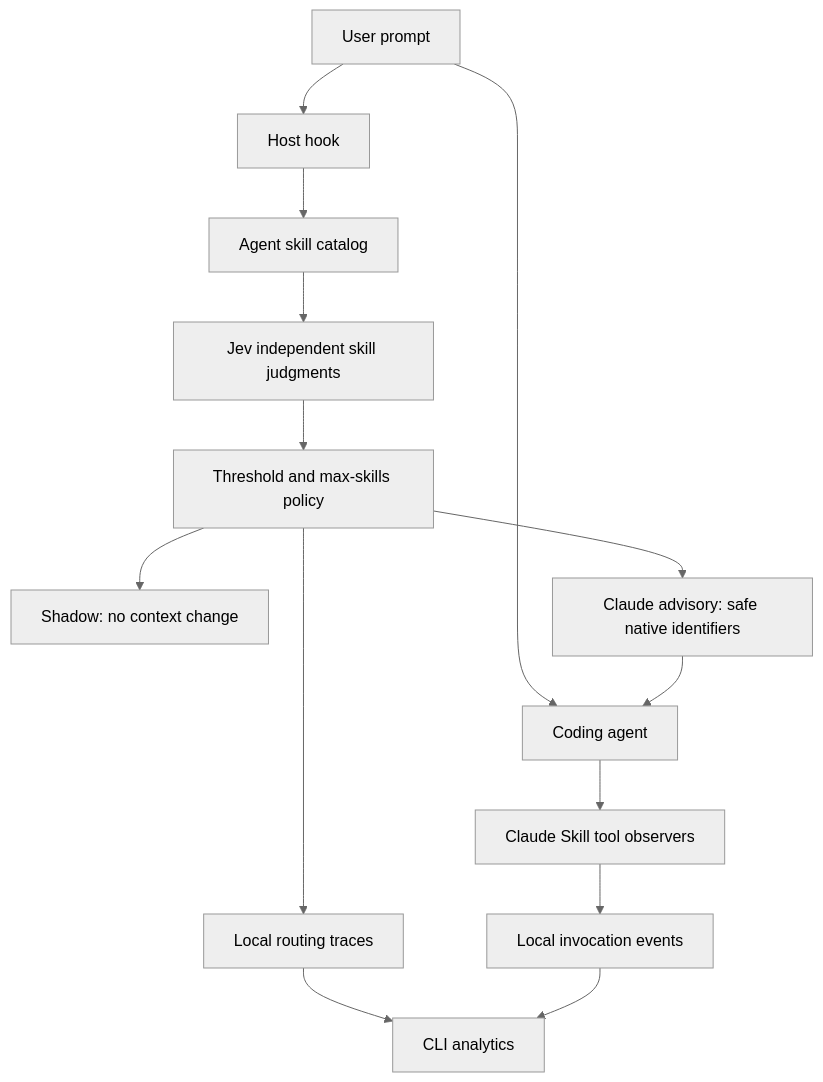
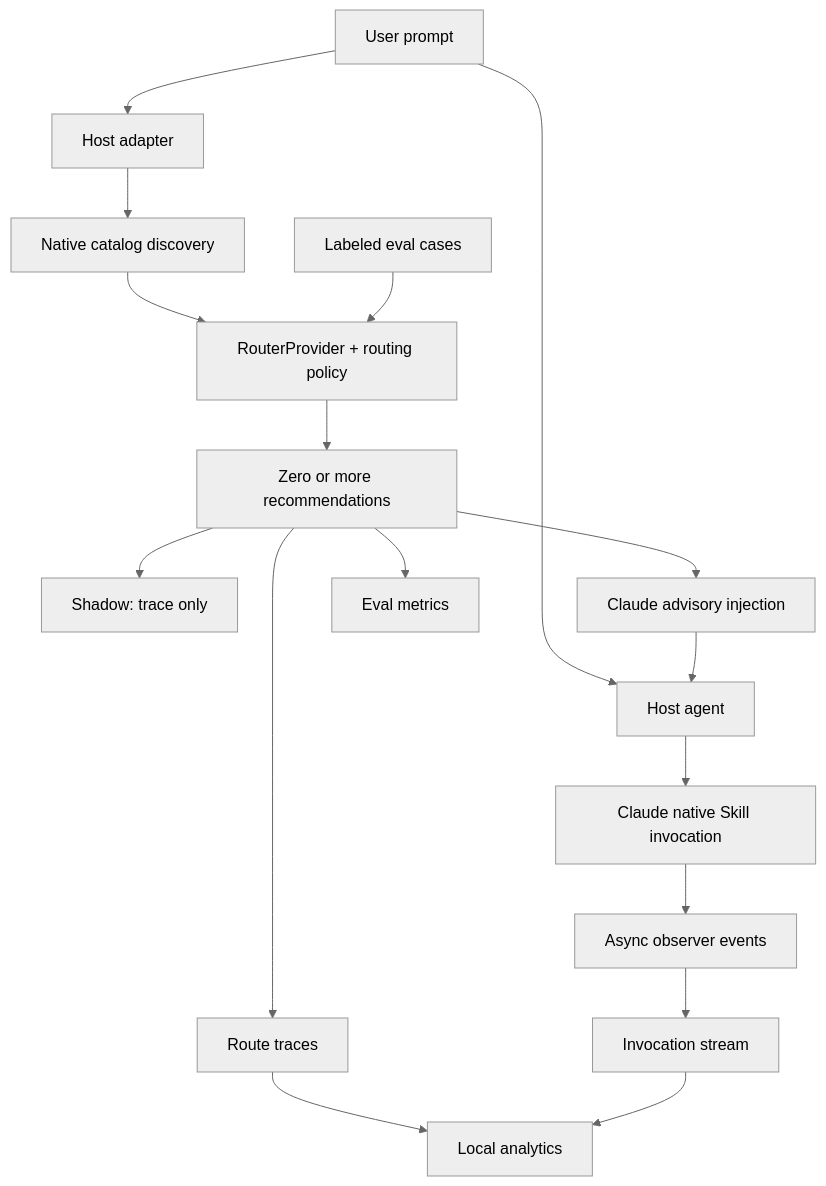
The diagram in README.md (maromocooo/SkillDispatch), drawn with Mermaid (neutral theme) before and after one commit. The commit also changed other lines of this file and 7 other files, not shown here.

````diff
--- a/README.md
+++ b/README.md
@@ -28,16 +35,19 @@
 ```mermaid
 flowchart TD
-  P[User prompt] --> H[Host hook]
-  H --> C[Agent skill catalog]
-  C --> J[Jev independent skill judgments]
-  J --> R[Threshold and max-skills policy]
-  R --> S[Shadow: no context change]
-  R --> A[Claude advisory: safe native identifiers]
-  P --> G[Coding agent]
+  P[User prompt] --> H[Host adapter]
+  H --> C[Native catalog discovery]
+  C --> R[RouterProvider + routing policy]
+  R --> N[Zero or more recommendations]
+  N --> S[Shadow: trace only]
+  N --> A[Claude advisory injection]
+  P --> G[Host agent]
   A --> G
-  R --> T[Local routing traces]
-  G --> O[Claude Skill tool observers]
-  O --> I[Local invocation events]
-  T --> V[CLI analytics]
+  G --> K[Claude native Skill invocation]
+  K --> O[Async observer events]
+  N --> T[Route traces]
+  O --> I[Invocation stream]
+  T --> V[Local analytics]
   I --> V
+  E[Labeled eval cases] --> R
+  N --> M[Eval metrics]
 ```
````
